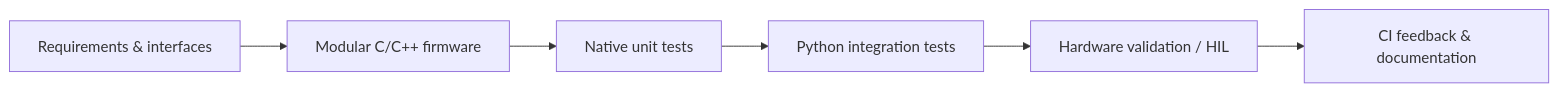
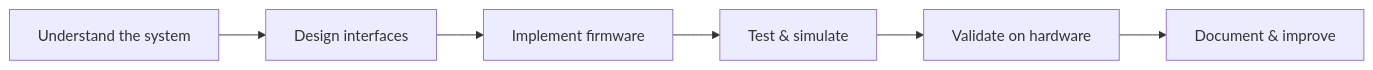
Before and after one commit to babarcha/babarcha: the diagram in README.md, drawn with Mermaid. The commit also changed other lines of this file, not shown here.

````diff
--- a/README.md
+++ b/README.md
@@ -45,8 +83,8 @@
 ```mermaid
 flowchart LR
-    A["Requirements & interfaces"] --> B["Modular C/C++ firmware"]
-    B --> C["Native unit tests"]
-    C --> D["Python integration tests"]
-    D --> E["Hardware validation / HIL"]
-    E --> F["CI feedback & documentation"]
+    A["Understand the system"] --> B["Design interfaces"]
+    B --> C["Implement firmware"]
+    C --> D["Test & simulate"]
+    D --> E["Validate on hardware"]
+    E --> F["Document & improve"]
 ```
````
